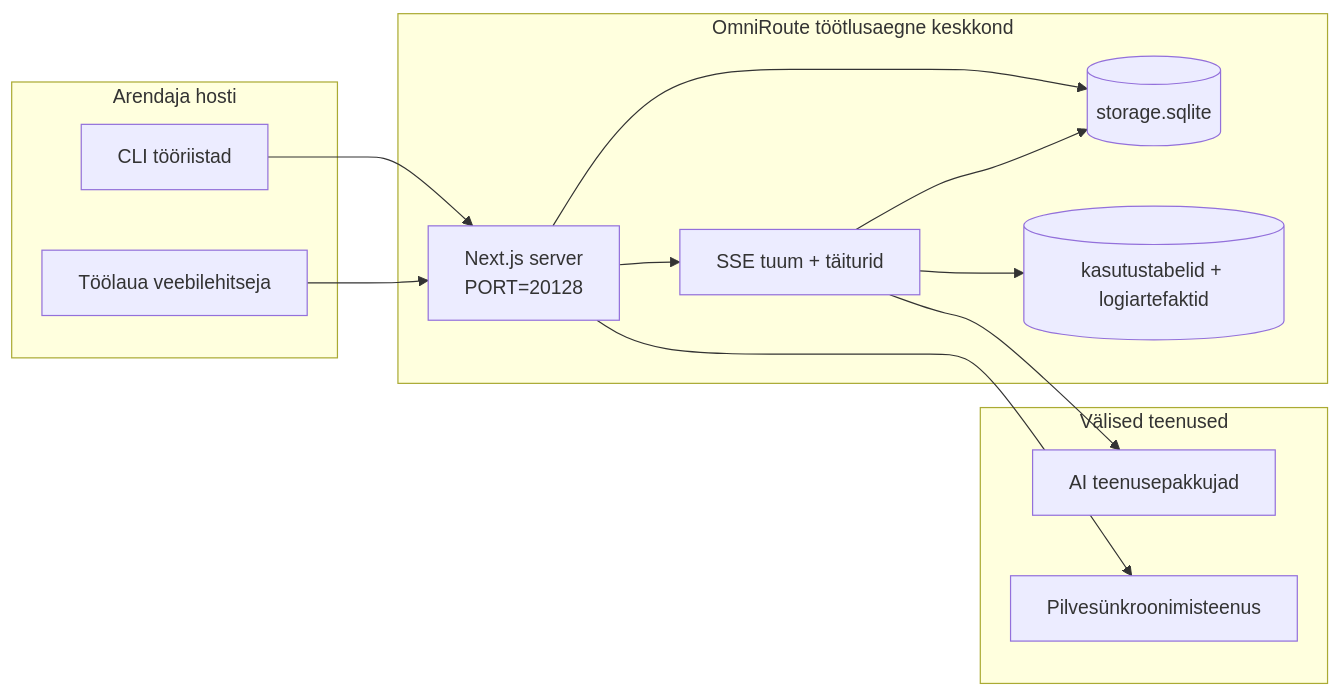
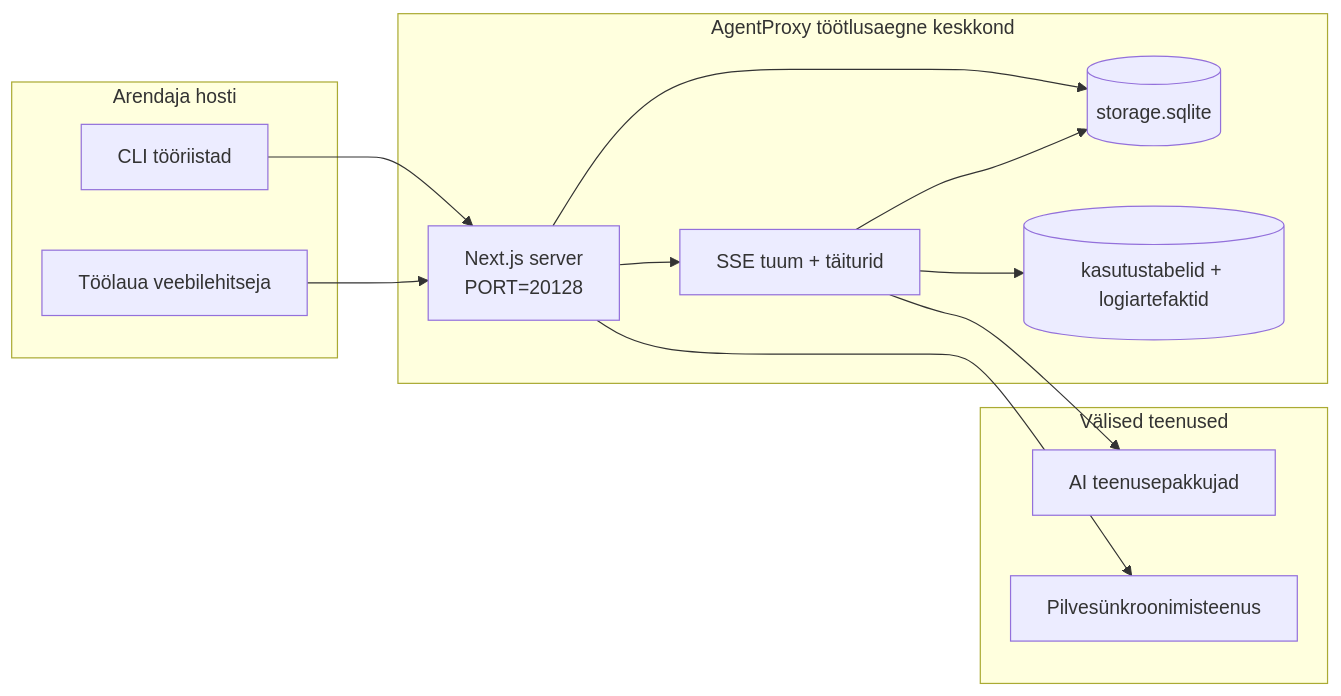
One commit to khanhkit/AgentProxy changed the seventh of 7 diagrams in docs/i18n/et/docs/architecture/ARCHITECTURE.md. Above: the diagram before and after it, drawn with Mermaid. The commit also changed other lines of this file and 6043 other files, not shown here.

Commit message:
wip(release): checkpoint AgentProxy identity cleanup

````diff
--- a/docs/i18n/et/docs/architecture/ARCHITECTURE.md
+++ b/docs/i18n/et/docs/architecture/ARCHITECTURE.md
@@ -811,28 +811,28 @@
 ```mermaid
 flowchart LR
     subgraph LocalHost[Arendaja hosti]
         CLI[CLI tööriistad]
         Browser[Töölaua veebilehitseja]
     end
 
-    subgraph ContainerOrProcess[OmniRoute töötlusaegne keskkond]
+    subgraph ContainerOrProcess[AgentProxy töötlusaegne keskkond]
         Next[Next.js server\nPORT=20128]
         Core[SSE tuum + täiturid]
         MainDB[(storage.sqlite)]
         UsageDB[(kasutustabelid + logiartefaktid)]
     end
 
     subgraph External[Välised teenused]
         Providers[AI teenusepakkujad]
         SyncCloud[Pilvesünkroonimisteenus]
     end
 
     CLI --> Next
     Browser --> Next
     Next --> Core
     Next --> MainDB
     Core --> MainDB
     Core --> UsageDB
     Core --> Providers
     Next --> SyncCloud
 ```
````
